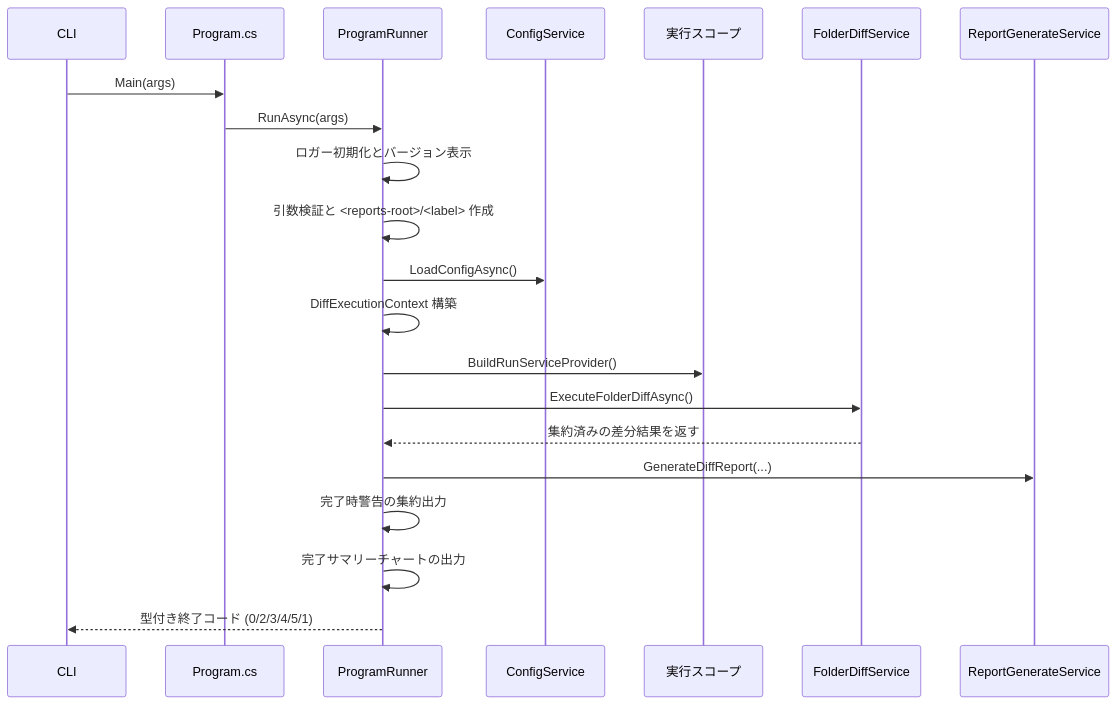
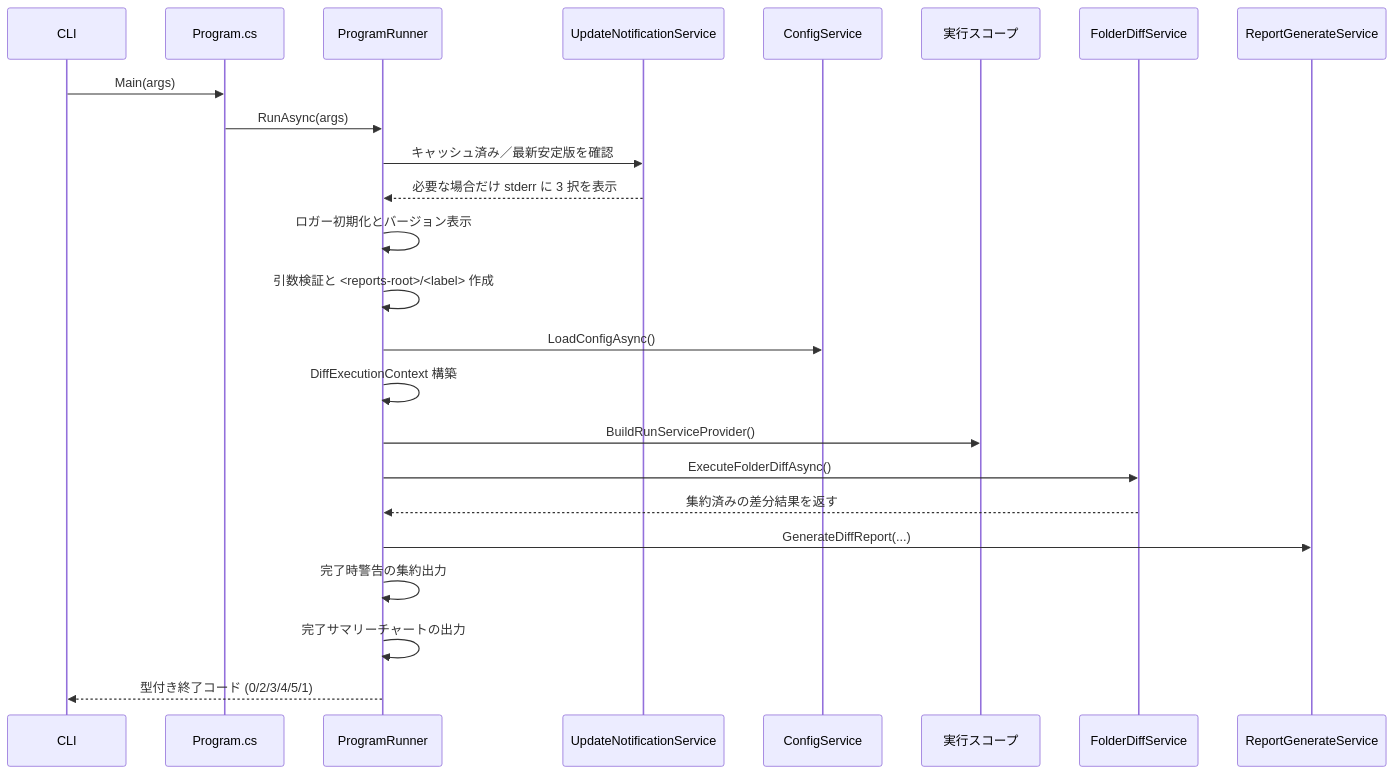
Before and after one commit to Widthdom/FolderDiffIL4DotNet: the ninth of 12 diagrams in doc/DEVELOPER_GUIDE.md, drawn with Mermaid. The commit also changed other lines of this file and 11 other files, not shown here.

````diff
--- a/doc/DEVELOPER_GUIDE.md
+++ b/doc/DEVELOPER_GUIDE.md
@@ -1310,24 +1314,27 @@
 ```mermaid
 sequenceDiagram
     participant CLI as CLI
     participant Program as Program.cs
     participant Runner as ProgramRunner
+    participant Update as UpdateNotificationService
     participant Config as ConfigService
     participant Scope as 実行スコープ
     participant Diff as FolderDiffService
     participant Report as ReportGenerateService
 
     CLI->>Program: Main(args)
     Program->>Runner: RunAsync(args)
+    Runner->>Update: キャッシュ済み／最新安定版を確認
+    Update-->>Runner: 必要な場合だけ stderr に 3 択を表示
     Runner->>Runner: ロガー初期化とバージョン表示
     Runner->>Runner: 引数検証と <reports-root>/<label> 作成
     Runner->>Config: LoadConfigAsync()
     Runner->>Runner: DiffExecutionContext 構築
     Runner->>Scope: BuildRunServiceProvider()
     Runner->>Diff: ExecuteFolderDiffAsync()
     Diff-->>Runner: 集約済みの差分結果を返す
     Runner->>Report: GenerateDiffReport(...)
     Runner->>Runner: 完了時警告の集約出力
     Runner->>Runner: 完了サマリーチャートの出力
     Runner-->>CLI: 型付き終了コード (0/2/3/4/5/1)
 ```
````
